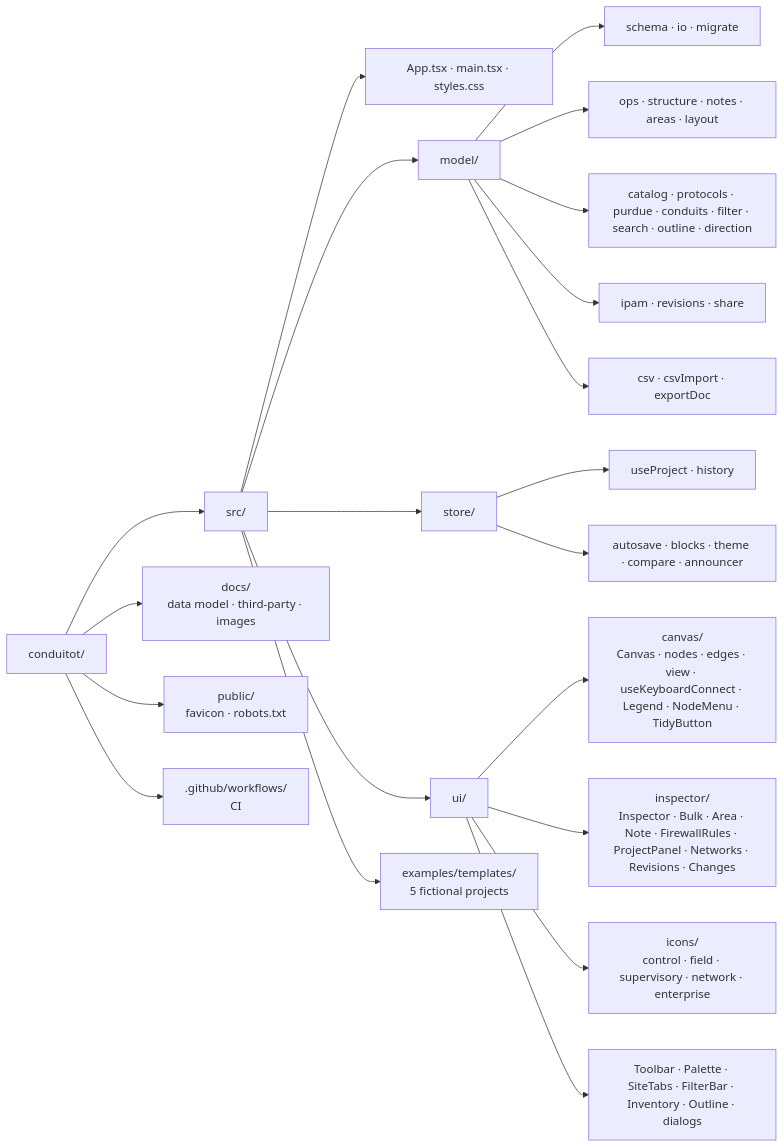
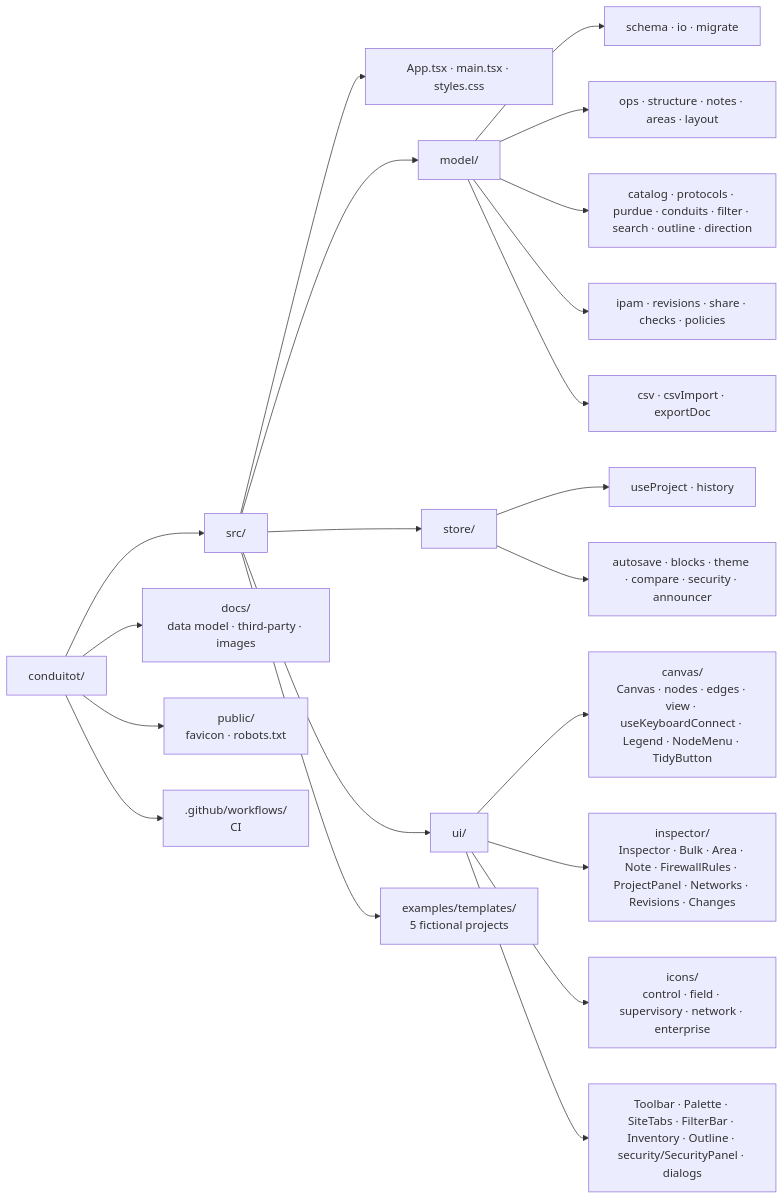
One commit to vijaykumargowdakk/ReSecArc changed the tenth of 32 diagrams in README.md. Above: the diagram before and after it, drawn with Mermaid. The commit also changed other lines of this file and 26 other files, not shown here.

Commit message:
Security panel with findings, built-in check switches and company policy editor; red links, finding badges and a security layer on the canvas; findings in inspectors, commands and the Markdown record; e2e and axe scans; README, data model, status and decisions

````diff
--- a/README.md
+++ b/README.md
@@ -427,23 +450,23 @@
 ```mermaid
 flowchart LR
     R["conduitot/"] --> SRC["src/"]
     R --> DOCS["docs/<br/>data model · third-party · images"]
     R --> PUB["public/<br/>favicon · robots.txt"]
     R --> GH[".github/workflows/<br/>CI"]
     SRC --> APP["App.tsx · main.tsx · styles.css"]
     SRC --> MODEL["model/"]
     SRC --> STORE["store/"]
     SRC --> UI["ui/"]
     SRC --> EX["examples/templates/<br/>5 fictional projects"]
     MODEL --> MA["schema · io · migrate"]
     MODEL --> MB["ops · structure · notes · areas · layout"]
     MODEL --> MC["catalog · protocols · purdue · conduits · filter · search · outline · direction"]
-    MODEL --> MD["ipam · revisions · share"]
+    MODEL --> MD["ipam · revisions · share · checks · policies"]
     MODEL --> ME["csv · csvImport · exportDoc"]
     STORE --> SA["useProject · history"]
-    STORE --> SB["autosave · blocks · theme · compare · announcer"]
+    STORE --> SB["autosave · blocks · theme · compare · security · announcer"]
     UI --> UA["canvas/<br/>Canvas · nodes · edges · view · useKeyboardConnect · Legend · NodeMenu · TidyButton"]
     UI --> UB["inspector/<br/>Inspector · Bulk · Area · Note · FirewallRules · ProjectPanel · Networks · Revisions · Changes"]
     UI --> UC["icons/<br/>control · field · supervisory · network · enterprise"]
-    UI --> UD["Toolbar · Palette · SiteTabs · FilterBar · Inventory · Outline · dialogs"]
+    UI --> UD["Toolbar · Palette · SiteTabs · FilterBar · Inventory · Outline · security/SecurityPanel · dialogs"]
 ```
````
